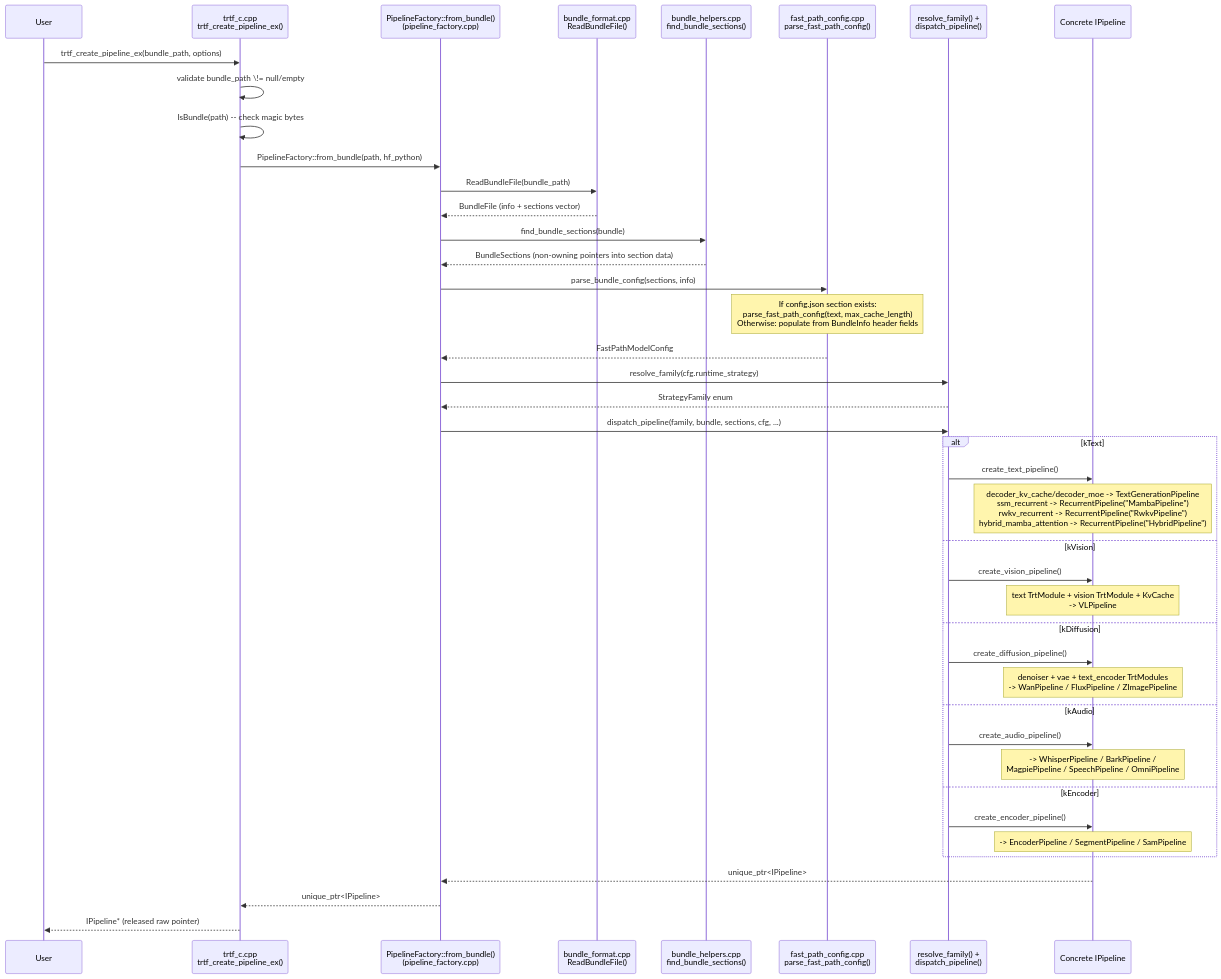
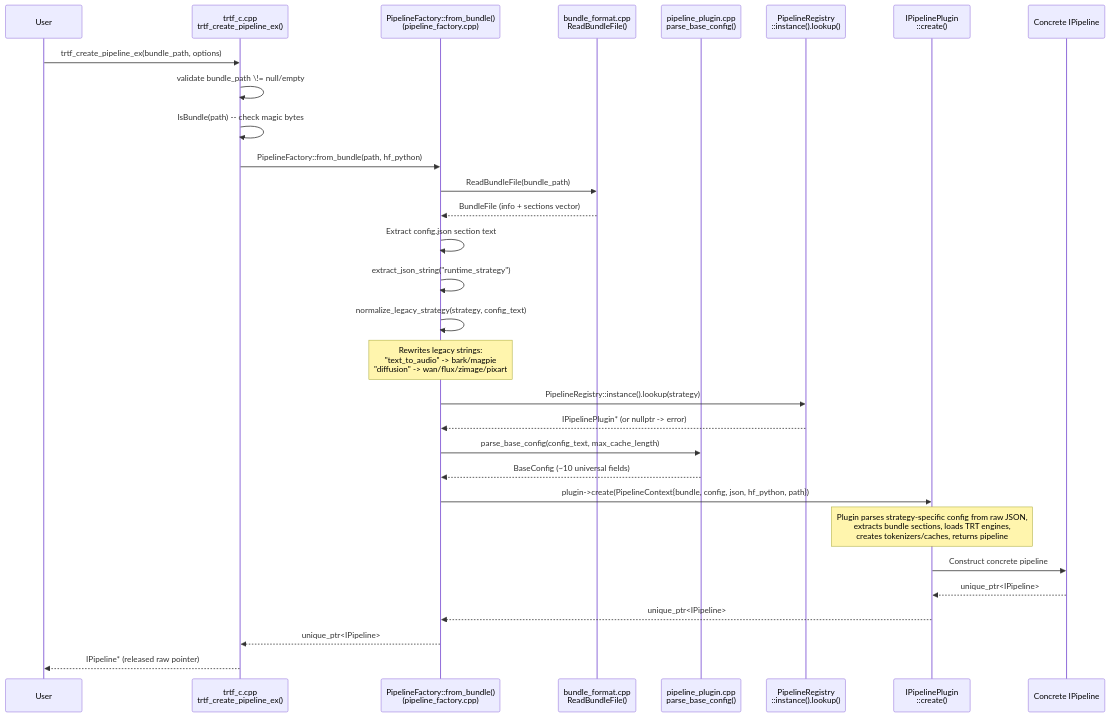
The second of 8 diagrams in docs/wiki/Dynamic-Design.md (AbishekCoder1/TensorRT-Model-Connect), drawn with Mermaid before and after one commit. The commit also changed other lines of this file and 126 other files, not shown here.

````diff
--- a/docs/wiki/Dynamic-Design.md
+++ b/docs/wiki/Dynamic-Design.md
@@ -89,45 +90,33 @@
 ```mermaid
 sequenceDiagram
     participant User
     participant CABI as trtf_c.cpp<br/>trtf_create_pipeline_ex()
     participant Factory as PipelineFactory::from_bundle()<br/>(pipeline_factory.cpp)
     participant Bundle as bundle_format.cpp<br/>ReadBundleFile()
-    participant Sections as bundle_helpers.cpp<br/>find_bundle_sections()
-    participant Config as fast_path_config.cpp<br/>parse_fast_path_config()
-    participant Dispatch as resolve_family() +<br/>dispatch_pipeline()
+    participant Config as pipeline_plugin.cpp<br/>parse_base_config()
+    participant Registry as PipelineRegistry<br/>::instance().lookup()
+    participant Plugin as IPipelinePlugin<br/>::create()
     participant Pipeline as Concrete IPipeline
 
     User->>CABI: trtf_create_pipeline_ex(bundle_path, options)
     CABI->>CABI: validate bundle_path \!= null/empty
     CABI->>CABI: IsBundle(path) -- check magic bytes
     CABI->>Factory: PipelineFactory::from_bundle(path, hf_python)
     Factory->>Bundle: ReadBundleFile(bundle_path)
     Bundle-->>Factory: BundleFile (info + sections vector)
-    Factory->>Sections: find_bundle_sections(bundle)
-    Sections-->>Factory: BundleSections (non-owning pointers into section data)
-    Factory->>Config: parse_bundle_config(sections, info)
-    Note over Config: If config.json section exists:<br/>parse_fast_path_config(text, max_cache_length)<br/>Otherwise: populate from BundleInfo header fields
-    Config-->>Factory: FastPathModelConfig
-    Factory->>Dispatch: resolve_family(cfg.runtime_strategy)
-    Dispatch-->>Factory: StrategyFamily enum
-    Factory->>Dispatch: dispatch_pipeline(family, bundle, sections, cfg, ...)
-    alt kText
-        Dispatch->>Pipeline: create_text_pipeline()
-        Note over Pipeline: decoder_kv_cache/decoder_moe -> TextGenerationPipeline<br/>ssm_recurrent -> RecurrentPipeline("MambaPipeline")<br/>rwkv_recurrent -> RecurrentPipeline("RwkvPipeline")<br/>hybrid_mamba_attention -> RecurrentPipeline("HybridPipeline")
-    else kVision
-        Dispatch->>Pipeline: create_vision_pipeline()
-        Note over Pipeline: text TrtModule + vision TrtModule + KvCache<br/>-> VLPipeline
-    else kDiffusion
-        Dispatch->>Pipeline: create_diffusion_pipeline()
-        Note over Pipeline: denoiser + vae + text_encoder TrtModules<br/>-> WanPipeline / FluxPipeline / ZImagePipeline
-    else kAudio
-        Dispatch->>Pipeline: create_audio_pipeline()
-        Note over Pipeline: -> WhisperPipeline / BarkPipeline /<br/>MagpiePipeline / SpeechPipeline / OmniPipeline
-    else kEncoder
-        Dispatch->>Pipeline: create_encoder_pipeline()
-        Note over Pipeline: -> EncoderPipeline / SegmentPipeline / SamPipeline
-    end
-    Pipeline-->>Factory: unique_ptr<IPipeline>
+    Factory->>Factory: Extract config.json section text
+    Factory->>Factory: extract_json_string("runtime_strategy")
+    Factory->>Factory: normalize_legacy_strategy(strategy, config_text)
+    Note over Factory: Rewrites legacy strings:<br/>"text_to_audio" -> bark/magpie<br/>"diffusion" -> wan/flux/zimage/pixart
+    Factory->>Registry: PipelineRegistry::instance().lookup(strategy)
+    Registry-->>Factory: IPipelinePlugin* (or nullptr -> error)
+    Factory->>Config: parse_base_config(config_text, max_cache_length)
+    Config-->>Factory: BaseConfig (~10 universal fields)
+    Factory->>Plugin: plugin->create(PipelineContext{bundle, config, json, hf_python, path})
+    Note over Plugin: Plugin parses strategy-specific config from raw JSON,<br/>extracts bundle sections, loads TRT engines,<br/>creates tokenizers/caches, returns pipeline
+    Plugin->>Pipeline: Construct concrete pipeline
+    Pipeline-->>Plugin: unique_ptr<IPipeline>
+    Plugin-->>Factory: unique_ptr<IPipeline>
     Factory-->>CABI: unique_ptr<IPipeline>
     CABI-->>User: IPipeline* (released raw pointer)
 ```
````
